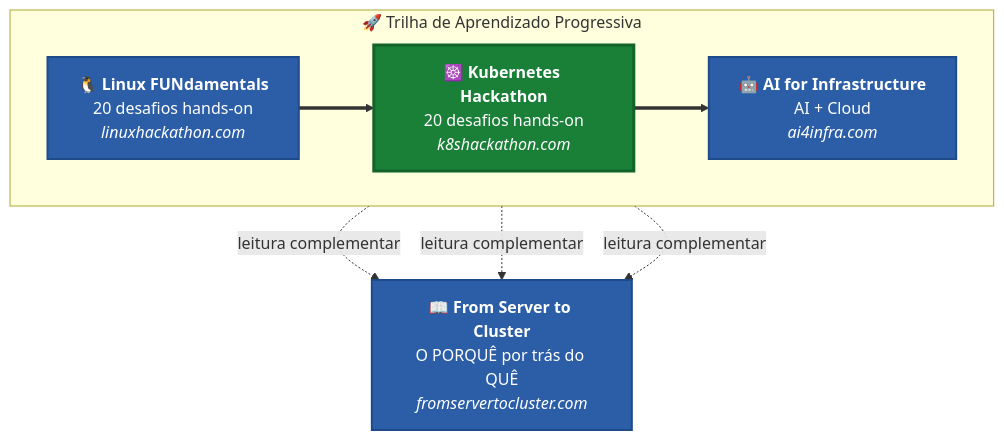
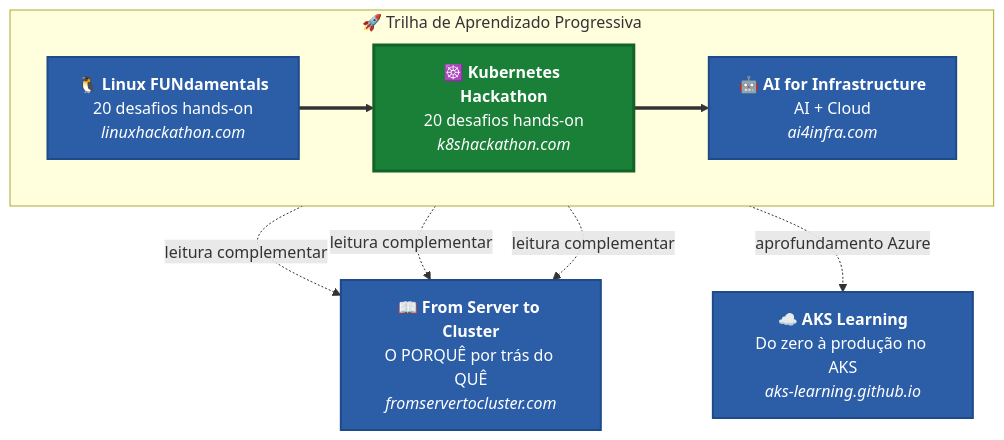
The diagram in README.md (ricmmartins/fasthack-kubernetes), drawn with Mermaid before and after one commit. The commit also changed 1 other file, not shown here.

Commit message:
Adicionar referência ao AKS Learning na trilha de aprendizado

````diff
--- a/README.md
+++ b/README.md
@@ -46,25 +46,28 @@
 ```mermaid
 flowchart TB
     subgraph journey["🚀 Trilha de Aprendizado Progressiva"]
         direction LR
         A["🐧 <b>Linux FUNdamentals</b><br/>20 desafios hands-on<br/><i>linuxhackathon.com</i>"] ==> B["☸️ <b>Kubernetes Hackathon</b><br/>20 desafios hands-on<br/><i>k8shackathon.com</i>"] ==> C["🤖 <b>AI for Infrastructure</b><br/>AI + Cloud<br/><i>ai4infra.com</i>"]
     end
 
     A -.->|leitura complementar| D
     B -.->|leitura complementar| D
     C -.->|leitura complementar| D
 
+    B -.->|aprofundamento Azure| E
+
     D["📖 <b>From Server to Cluster</b><br/>O PORQUÊ por trás do QUÊ<br/><i>fromservertocluster.com</i>"]
+    E["☁️ <b>AKS Learning</b><br/>Do zero à produção no AKS<br/><i>aks-learning.github.io</i>"]
 
     classDef challenge fill:#2b5ea7,stroke:#1e4a8a,color:#fff,stroke-width:2px
     classDef hackathon fill:#1a7f37,stroke:#116329,color:#fff,stroke-width:3px
 
-    class A,C challenge
+    class A,C,D,E challenge
     class B hackathon
-    class D challenge
 
     click A "https://linuxhackathon.com" _blank
     click B "https://k8shackathon.com" _blank
     click C "https://ai4infra.com" _blank
     click D "https://fromservertocluster.com" _blank
+    click E "https://aks-learning.github.io" _blank
 ```
````
